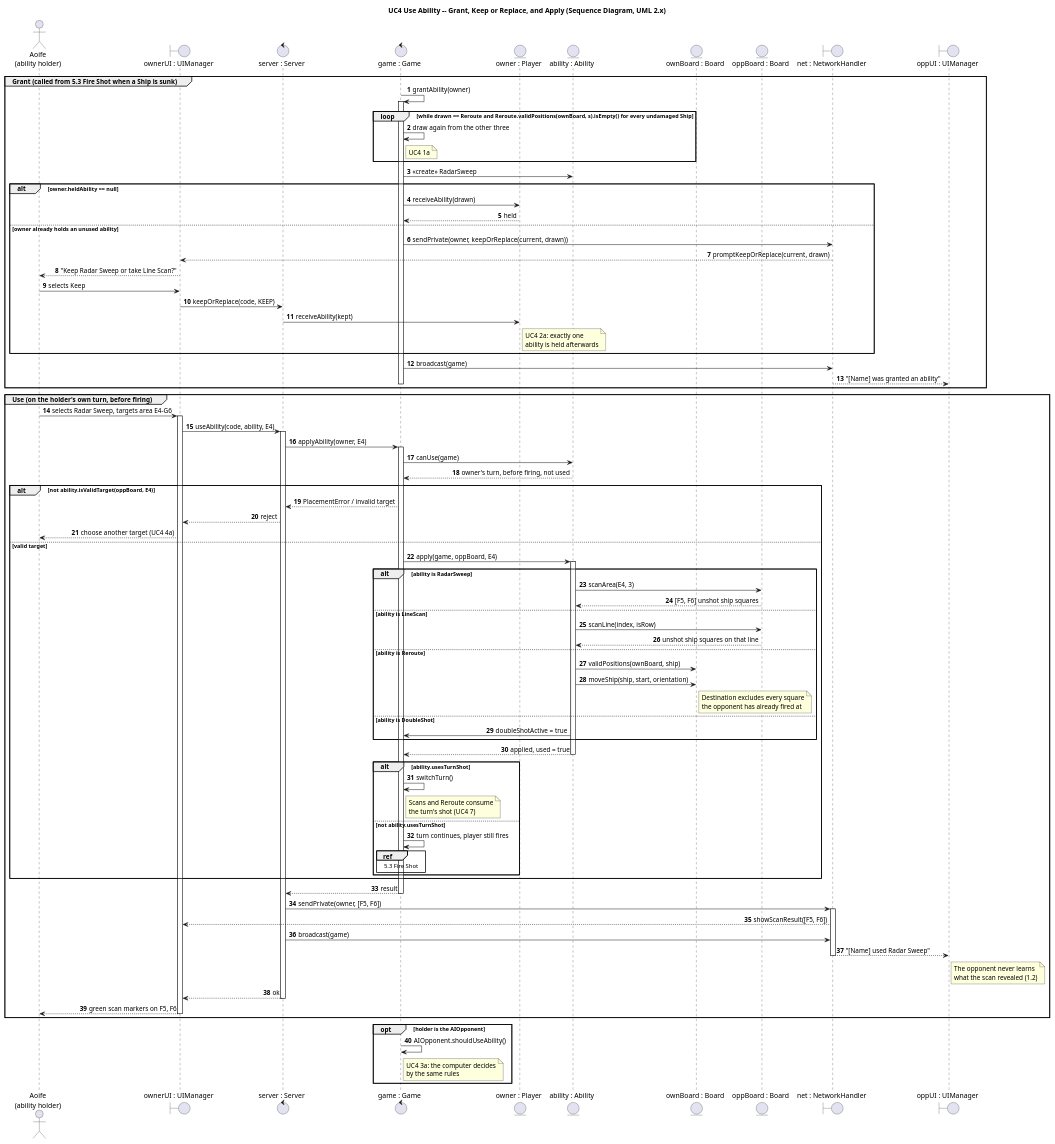
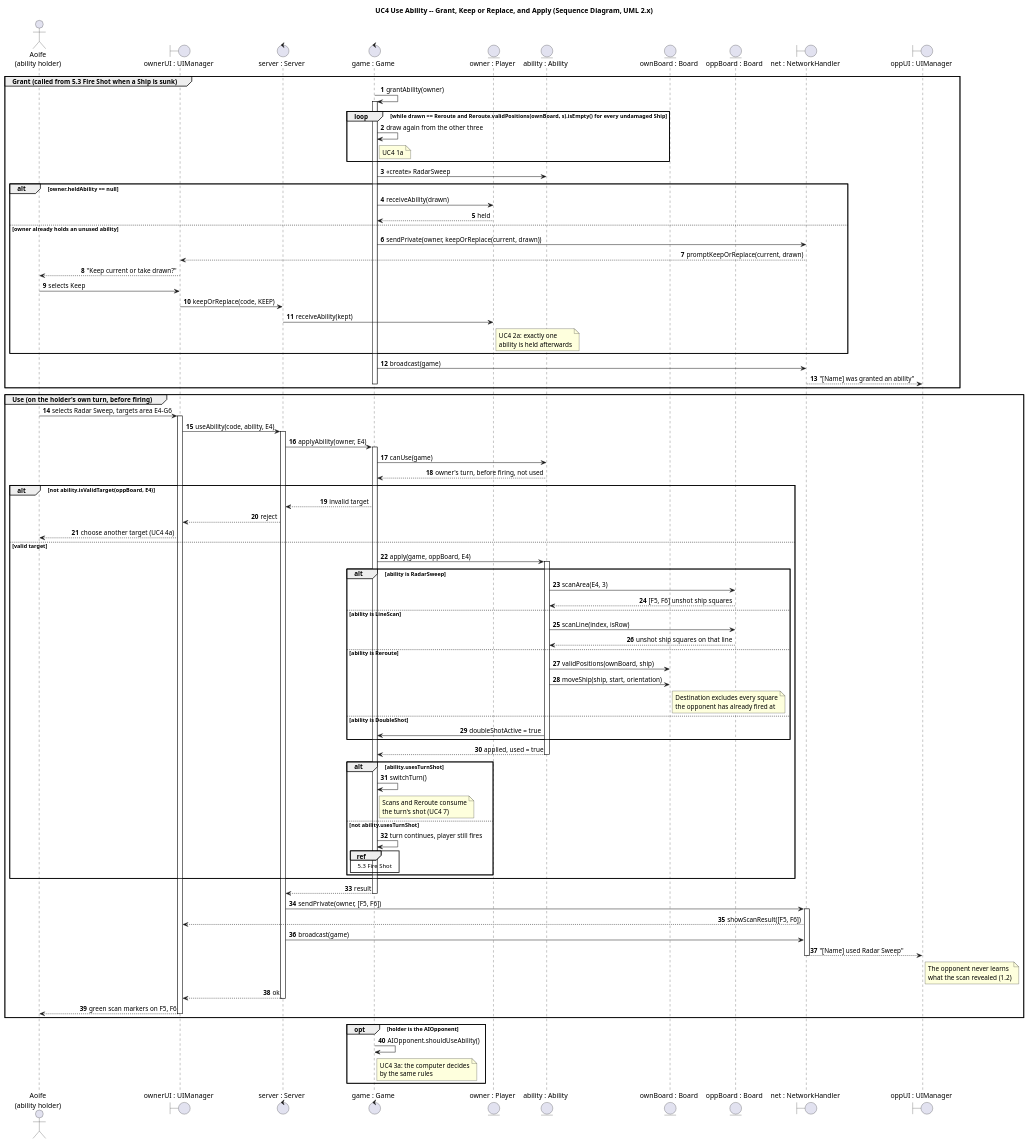
One commit to queeeety/battleship-online changed the diagram in docs/uml/phase2/5_4_UseAbility_SequenceDiagram.puml. Above: the diagram before and after it, drawn with PlantUML. The commit also changed 1 other file, not shown here.

Commit message:
docs: fix message flow in Fire Shot and Use Ability sequence diagrams
- 5.3 Fire Shot: isSunk() is now a proper call from Board to Ship with a
  "sunk" return, and the alt guard checks that return value
- 5.4 Use Ability: the keep/replace prompt is generic instead of naming
  specific abilities, and the invalid-target return is labelled
  "invalid target" instead of the misleading "PlacementError"

```diff
--- a/docs/uml/phase2/5_4_UseAbility_SequenceDiagram.puml
+++ b/docs/uml/phase2/5_4_UseAbility_SequenceDiagram.puml
@@ -1,106 +1,106 @@
 @startuml 5_4_UseAbility_SequenceDiagram
 ' MyBattleship -- GroupXXAssign2.pdf, section 5.4: Use Ability
 ' Scenario: UC4 Use Ability, scenarios 2.6, 2.7 and 2.8. Referenced from 5.3 Fire Shot.
 title UC4 Use Ability -- Grant, Keep or Replace, and Apply (Sequence Diagram, UML 2.x)
 
 skinparam sequenceMessageAlign first
 autonumber
 
 actor "Aoife\n(ability holder)" as Owner
 boundary "ownerUI : UIManager" as UI
 control "server : Server" as Server
 control "game : Game" as Game
 entity "owner : Player" as Player
 entity "ability : Ability" as Ability
 entity "ownBoard : Board" as OwnBoard
 entity "oppBoard : Board" as OppBoard
 boundary "net : NetworkHandler" as Net
 boundary "oppUI : UIManager" as OppUI
 
 group Grant (called from 5.3 Fire Shot when a Ship is sunk)
   Game -> Game : grantAbility(owner)
   activate Game
   loop while drawn == Reroute and Reroute.validPositions(ownBoard, s).isEmpty() for every undamaged Ship
     Game -> Game : draw again from the other three
     note right of Game : UC4 1a
   end
   Game -> Ability : <<create>> RadarSweep
   alt owner.heldAbility == null
     Game -> Player : receiveAbility(drawn)
     Player --> Game : held
   else owner already holds an unused ability
     Game -> Net : sendPrivate(owner, keepOrReplace(current, drawn))
     Net --> UI : promptKeepOrReplace(current, drawn)
-    UI --> Owner : "Keep Radar Sweep or take Line Scan?"
+    UI --> Owner : "Keep current or take drawn?"
     Owner -> UI : selects Keep
     UI -> Server : keepOrReplace(code, KEEP)
     Server -> Player : receiveAbility(kept)
     note right of Player : UC4 2a: exactly one\nability is held afterwards
   end
   Game -> Net : broadcast(game)
   Net --> OppUI : "[Name] was granted an ability"
   deactivate Game
 end
 
 group Use (on the holder's own turn, before firing)
   Owner -> UI : selects Radar Sweep, targets area E4-G6
   activate UI
   UI -> Server : useAbility(code, ability, E4)
   activate Server
   Server -> Game : applyAbility(owner, E4)
   activate Game
   Game -> Ability : canUse(game)
   Ability --> Game : owner's turn, before firing, not used
 
   alt not ability.isValidTarget(oppBoard, E4)
-    Game --> Server : PlacementError / invalid target
+    Game --> Server : invalid target
     Server --> UI : reject
     UI --> Owner : choose another target (UC4 4a)
   else valid target
     Game -> Ability : apply(game, oppBoard, E4)
     activate Ability
     alt ability is RadarSweep
       Ability -> OppBoard : scanArea(E4, 3)
       OppBoard --> Ability : [F5, F6] unshot ship squares
     else ability is LineScan
       Ability -> OppBoard : scanLine(index, isRow)
       OppBoard --> Ability : unshot ship squares on that line
     else ability is Reroute
       Ability -> OwnBoard : validPositions(ownBoard, ship)
       Ability -> OwnBoard : moveShip(ship, start, orientation)
       note right of OwnBoard : Destination excludes every square\nthe opponent has already fired at
     else ability is DoubleShot
       Ability -> Game : doubleShotActive = true
     end
     Ability --> Game : applied, used = true
     deactivate Ability
 
     alt ability.usesTurnShot
       Game -> Game : switchTurn()
       note right of Game : Scans and Reroute consume\nthe turn's shot (UC4 7)
     else not ability.usesTurnShot
       Game -> Game : turn continues, player still fires
       ref over Game : 5.3 Fire Shot
     end
   end
 
   Game --> Server : result
   deactivate Game
   Server -> Net : sendPrivate(owner, [F5, F6])
   activate Net
   Net --> UI : showScanResult([F5, F6])
   Server -> Net : broadcast(game)
   Net --> OppUI : "[Name] used Radar Sweep"
   note right of OppUI : The opponent never learns\nwhat the scan revealed (1.2)
   deactivate Net
   Server --> UI : ok
   deactivate Server
   UI --> Owner : green scan markers on F5, F6
   deactivate UI
 end
 
 opt holder is the AIOpponent
   Game -> Game : AIOpponent.shouldUseAbility()
   note right of Game : UC4 3a: the computer decides\nby the same rules
 end
 @enduml
```
